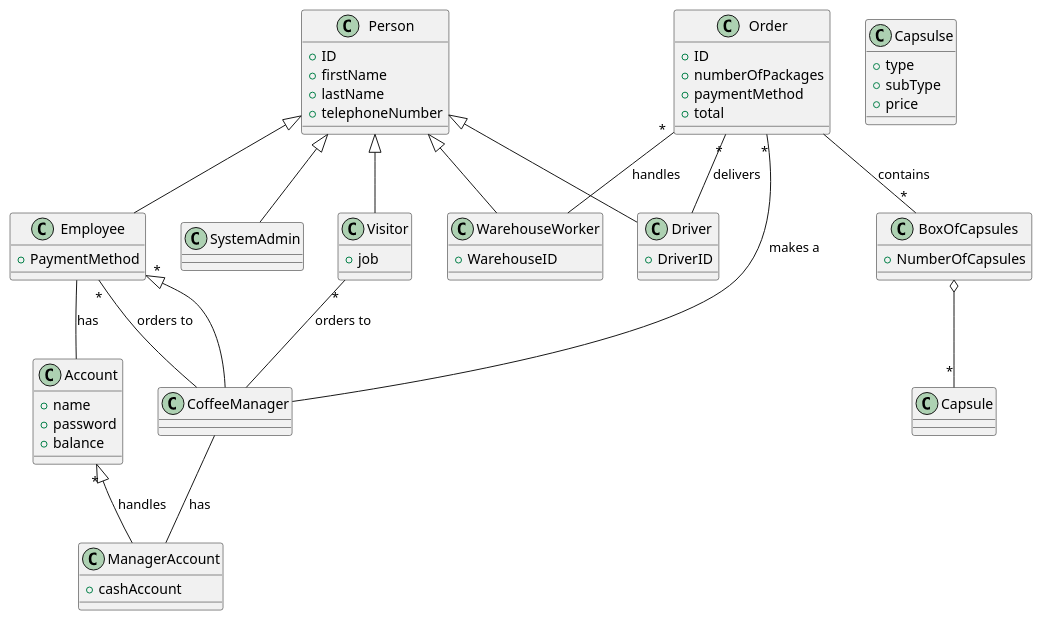
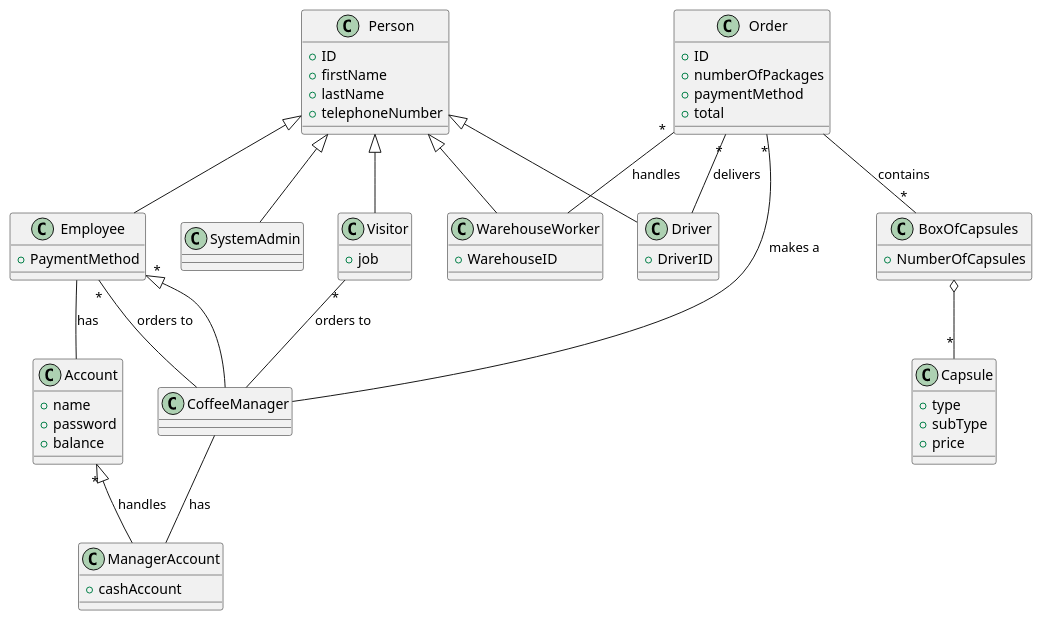
Before and after one commit to salvatore-dimartino/LaTazza: the third of 4 diagrams in templates/RequirementsTemplate.md, drawn with PlantUML.

```diff
--- a/templates/RequirementsTemplate.md
+++ b/templates/RequirementsTemplate.md
@@ -530,7 +530,7 @@
 	+NumberOfCapsules
 }
 
-class Capsulse {
+class Capsule {
     
     +type
 	+subType
```
